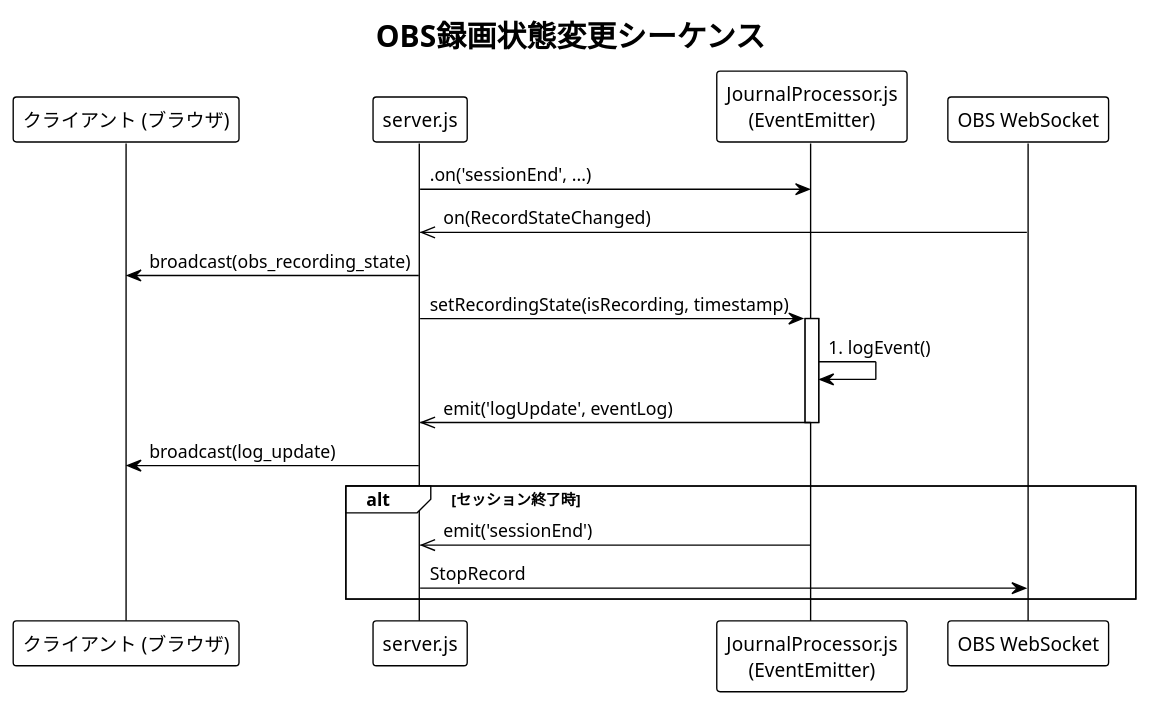
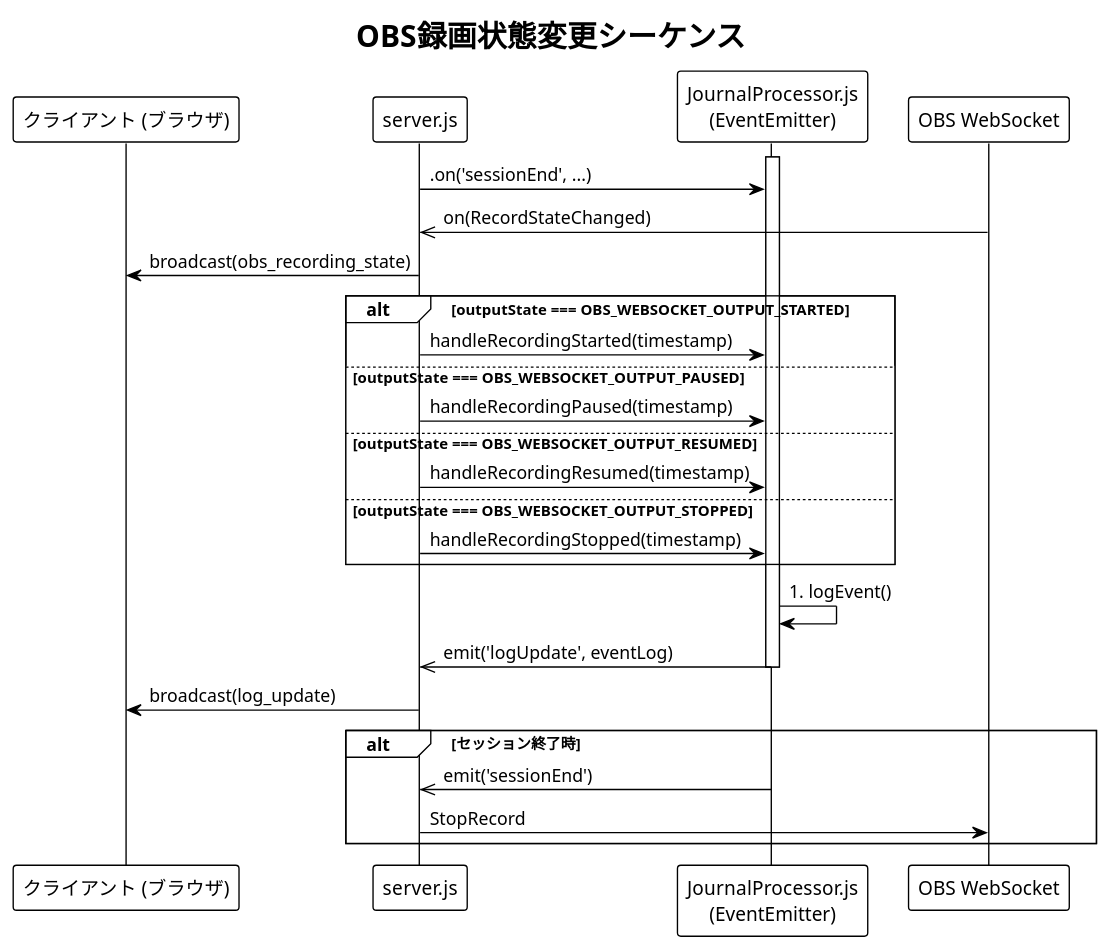
One commit to d11j/ed-dashboard changed the second of 3 diagrams in DESIGN.md. Above: the diagram before and after it, drawn with PlantUML. The commit also changed other lines of this file and 8 other files, not shown here.

First line of the commit message:
Fix/obs recording pause timestamp (#53)

````diff
--- a/DESIGN.md
+++ b/DESIGN.md
@@ -90,29 +90,37 @@
 ```plantuml
 @startuml
 !theme plain
 title OBS録画状態変更シーケンス
 
 participant "クライアント (ブラウザ)" as Client
 participant "server.js" as Server
 participant "JournalProcessor.js\n(EventEmitter)" as Processor
 participant "OBS WebSocket" as OBS
 
 Server -> Processor: .on('sessionEnd', ...)
 
 OBS ->> Server: on(RecordStateChanged)
 Server -> Client: broadcast(obs_recording_state)
-Server -> Processor: setRecordingState(isRecording, timestamp)
+alt outputState === OBS_WEBSOCKET_OUTPUT_STARTED
+    Server -> Processor: handleRecordingStarted(timestamp)
+else outputState === OBS_WEBSOCKET_OUTPUT_PAUSED
+    Server -> Processor: handleRecordingPaused(timestamp)
+else outputState === OBS_WEBSOCKET_OUTPUT_RESUMED
+    Server -> Processor: handleRecordingResumed(timestamp)
+else outputState === OBS_WEBSOCKET_OUTPUT_STOPPED
+    Server -> Processor: handleRecordingStopped(timestamp)
+end
 activate Processor
 Processor -> Processor: #logEvent()
 Processor ->> Server: emit('logUpdate', eventLog)
 
 deactivate Processor
 Server -> Client: broadcast(log_update)
 
 alt セッション終了時
 Processor ->> Server: emit('sessionEnd')
 Server -> OBS: StopRecord
 
 end
 @enduml
 ```
````
